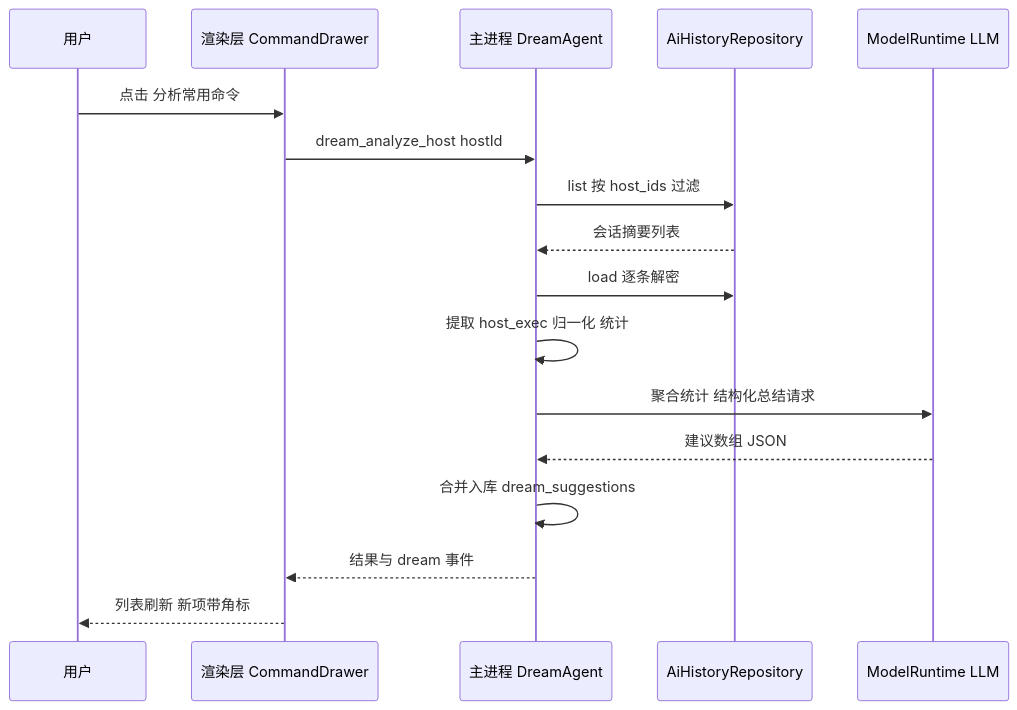
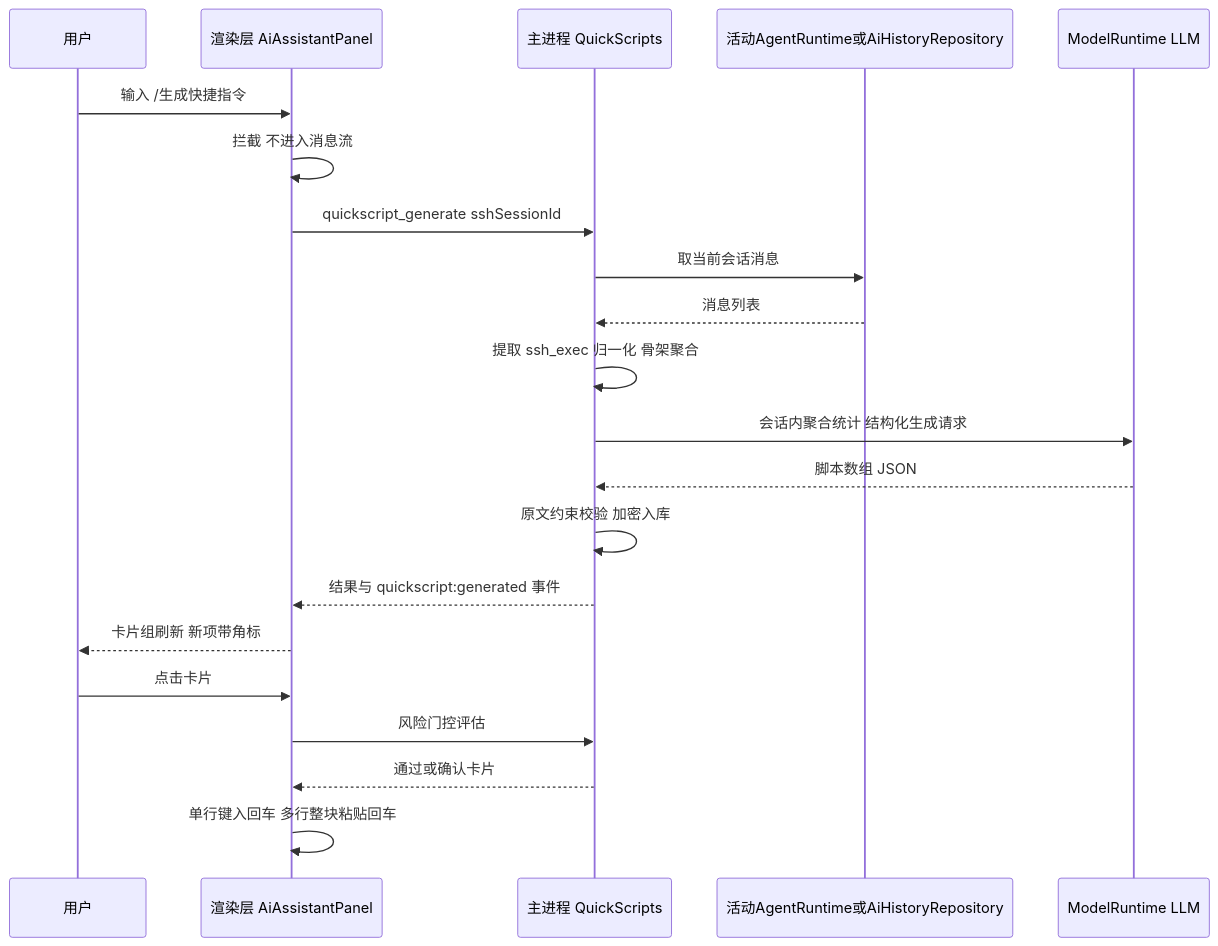
One commit to foooag/Buzz changed the second of 2 diagrams in docs/prd/2026-08-17-buzz-quick-scripts.md. Above: the diagram before and after it, drawn with Mermaid. The commit also changed other lines of this file and 23 other files, not shown here.

Commit message:
refactor: implement Quick Scripts feature in AI assistant, enabling users to generate and execute scripts from current sessions; update UI components and enhance session management

````diff
--- a/docs/prd/2026-08-17-buzz-quick-scripts.md
+++ b/docs/prd/2026-08-17-buzz-quick-scripts.md
@@ -192,20 +174,24 @@
 ```mermaid
 sequenceDiagram
     participant U as 用户
-    participant R as 渲染层 CommandDrawer
-    participant M as 主进程 DreamAgent
-    participant H as AiHistoryRepository
+    participant R as 渲染层 AiAssistantPanel
+    participant M as 主进程 QuickScripts
+    participant H as 活动AgentRuntime或AiHistoryRepository
     participant L as ModelRuntime LLM
 
-    U->>R: 点击 分析常用命令
-    R->>M: dream_analyze_host hostId
-    M->>H: list 按 host_ids 过滤
-    H-->>M: 会话摘要列表
-    M->>H: load 逐条解密
-    M->>M: 提取 host_exec 归一化 统计
-    M->>L: 聚合统计 结构化总结请求
-    L-->>M: 建议数组 JSON
-    M->>M: 合并入库 dream_suggestions
-    M-->>R: 结果与 dream 事件
-    R-->>U: 列表刷新 新项带角标
+    U->>R: 输入 /生成快捷指令
+    R->>R: 拦截 不进入消息流
+    R->>M: quickscript_generate sshSessionId
+    M->>H: 取当前会话消息
+    H-->>M: 消息列表
+    M->>M: 提取 ssh_exec 归一化 骨架聚合
+    M->>L: 会话内聚合统计 结构化生成请求
+    L-->>M: 脚本数组 JSON
+    M->>M: 原文约束校验 加密入库
+    M-->>R: 结果与 quickscript:generated 事件
+    R-->>U: 卡片组刷新 新项带角标
+    U->>R: 点击卡片
+    R->>M: 风险门控评估
+    M-->>R: 通过或确认卡片
+    R->>R: 单行键入回车 多行整块粘贴回车
 ```
````
